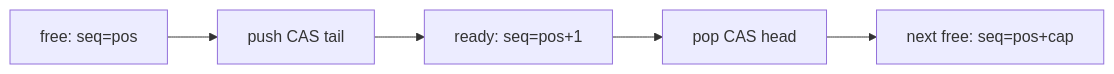
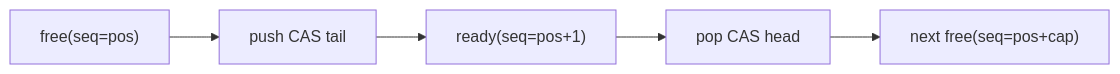
The fifth of 5 diagrams in docs/notes/2026-02-09-rhythm-of-writes-commit-worker-batch-ringbuffer.md (feichai0017/NoKV), drawn with Mermaid before and after one commit. The commit also changed other lines of this file and 3 other files, not shown here.

````diff
--- a/docs/notes/2026-02-09-rhythm-of-writes-commit-worker-batch-ringbuffer.md
+++ b/docs/notes/2026-02-09-rhythm-of-writes-commit-worker-batch-ringbuffer.md
@@ -136,7 +123,7 @@
 ```mermaid
 flowchart LR
-  F["free: seq=pos"] --> P["push CAS tail"]
-  P --> R["ready: seq=pos+1"]
+  F["free(seq=pos)"] --> P["push CAS tail"]
+  P --> R["ready(seq=pos+1)"]
   R --> C["pop CAS head"]
-  C --> N["next free: seq=pos+cap"]
+  C --> N["next free(seq=pos+cap)"]
 ```
````
